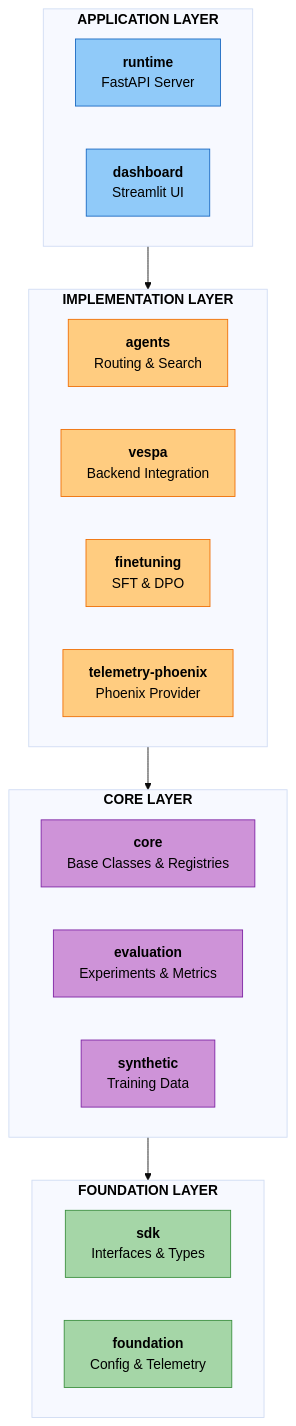
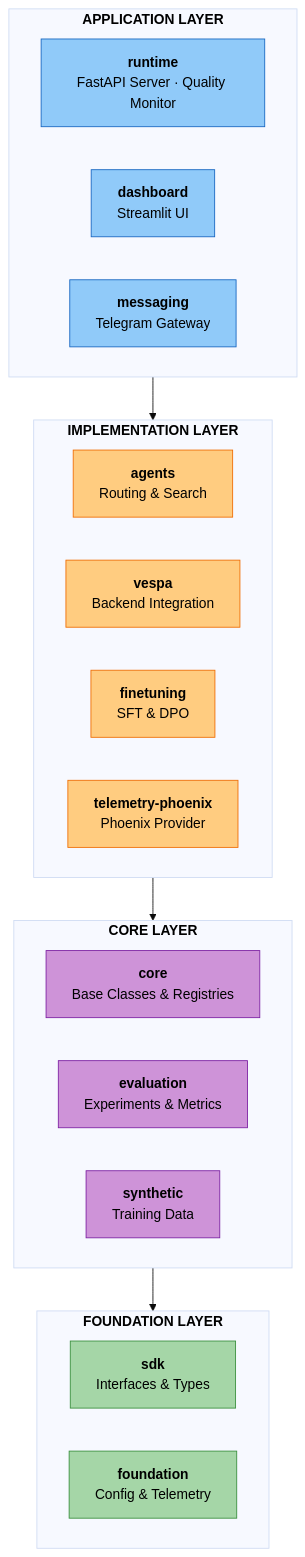
Before and after one commit to amit-jain/cogniverse: the first of 4 diagrams in docs/DEVELOPER_GUIDE.md, drawn with Mermaid (base theme). The commit also changed other lines of this file and 8 other files, not shown here.

First line of the commit message:
Add --messaging flag to CLI, update docs for quality monitor, strategy learner, and messaging gateway

````diff
--- a/docs/DEVELOPER_GUIDE.md
+++ b/docs/DEVELOPER_GUIDE.md
@@ -70,48 +70,50 @@
 ```mermaid
 flowchart TB
     subgraph APP["<span style='color:#000'><b>APPLICATION LAYER</b></span>"]
-        runtime["<span style='color:#000'><b>runtime</b><br/>FastAPI Server</span>"]
+        runtime["<span style='color:#000'><b>runtime</b><br/>FastAPI Server · Quality Monitor</span>"]
         dashboard["<span style='color:#000'><b>dashboard</b><br/>Streamlit UI</span>"]
+        messaging["<span style='color:#000'><b>messaging</b><br/>Telegram Gateway</span>"]
     end
 
     subgraph IMPL["<span style='color:#000'><b>IMPLEMENTATION LAYER</b></span>"]
         agents["<span style='color:#000'><b>agents</b><br/>Routing & Search</span>"]
         vespa["<span style='color:#000'><b>vespa</b><br/>Backend Integration</span>"]
         finetuning["<span style='color:#000'><b>finetuning</b><br/>SFT & DPO</span>"]
         telemetry_phoenix["<span style='color:#000'><b>telemetry-phoenix</b><br/>Phoenix Provider</span>"]
     end
 
     subgraph CORE["<span style='color:#000'><b>CORE LAYER</b></span>"]
         core["<span style='color:#000'><b>core</b><br/>Base Classes & Registries</span>"]
         evaluation["<span style='color:#000'><b>evaluation</b><br/>Experiments & Metrics</span>"]
         synthetic["<span style='color:#000'><b>synthetic</b><br/>Training Data</span>"]
     end
 
     subgraph FOUND["<span style='color:#000'><b>FOUNDATION LAYER</b></span>"]
         sdk["<span style='color:#000'><b>sdk</b><br/>Interfaces & Types</span>"]
         foundation["<span style='color:#000'><b>foundation</b><br/>Config & Telemetry</span>"]
     end
 
     APP --> IMPL
     IMPL --> CORE
     CORE --> FOUND
 
     %% Styling - Foundation Layer (green)
     style sdk fill:#a5d6a7,stroke:#388e3c,color:#000
     style foundation fill:#a5d6a7,stroke:#388e3c,color:#000
 
     %% Styling - Core Layer (purple)
     style core fill:#ce93d8,stroke:#7b1fa2,color:#000
     style evaluation fill:#ce93d8,stroke:#7b1fa2,color:#000
     style synthetic fill:#ce93d8,stroke:#7b1fa2,color:#000
 
     %% Styling - Implementation Layer (orange)
     style agents fill:#ffcc80,stroke:#ef6c00,color:#000
     style vespa fill:#ffcc80,stroke:#ef6c00,color:#000
     style finetuning fill:#ffcc80,stroke:#ef6c00,color:#000
     style telemetry_phoenix fill:#ffcc80,stroke:#ef6c00,color:#000
 
     %% Styling - Application Layer (blue)
     style runtime fill:#90caf9,stroke:#1565c0,color:#000
     style dashboard fill:#90caf9,stroke:#1565c0,color:#000
+    style messaging fill:#90caf9,stroke:#1565c0,color:#000
 ```
````
